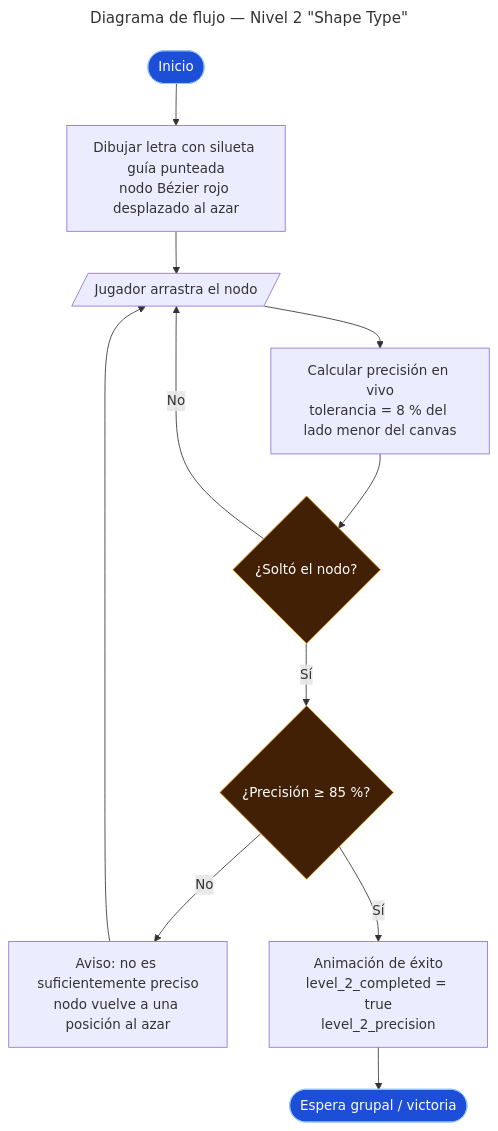
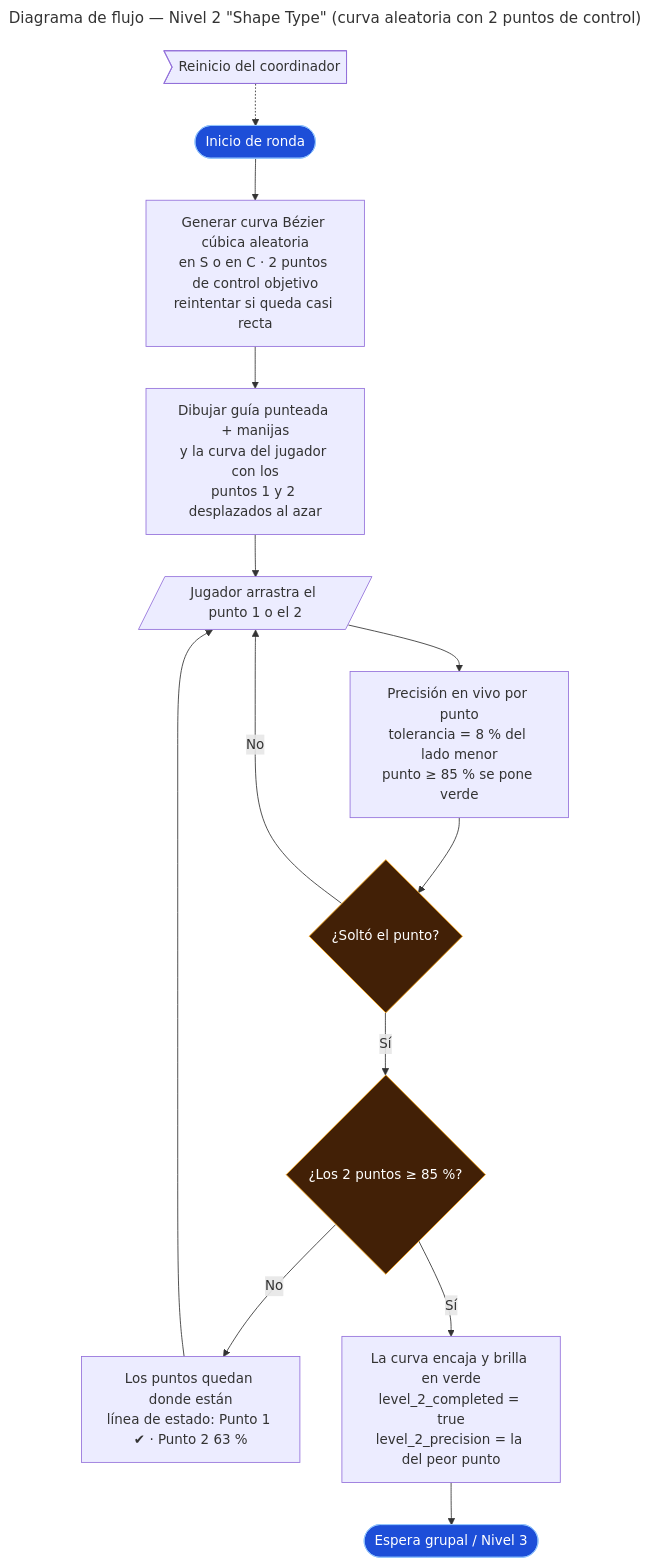
The diagram in docs/diagramas/fuentes/08-flujo-nivel2-shape-type.mmd (morphine75/escape_room), drawn with Mermaid before and after one commit. The commit also changed 8 other files, not shown here.

First line of the commit message:
Shape Type: random cubic curve with two control points

```diff
--- a/docs/diagramas/fuentes/08-flujo-nivel2-shape-type.mmd
+++ b/docs/diagramas/fuentes/08-flujo-nivel2-shape-type.mmd
@@ -1,17 +1,19 @@
 ---
-title: Diagrama de flujo — Nivel 2 "Shape Type"
+title: Diagrama de flujo — Nivel 2 "Shape Type" (curva aleatoria con 2 puntos de control)
 ---
 flowchart TD
-  A([Inicio]) --> B[Dibujar letra con silueta guía punteada<br/>nodo Bézier rojo desplazado al azar]
-  B --> D[/Jugador arrastra el nodo/]
-  D --> P[Calcular precisión en vivo<br/>tolerancia = 8 % del lado menor del canvas]
-  P --> U{¿Soltó el nodo?}
+  A([Inicio de ronda]) --> G[Generar curva Bézier cúbica aleatoria<br/>en S o en C · 2 puntos de control objetivo<br/>reintentar si queda casi recta]
+  G --> B[Dibujar guía punteada + manijas<br/>y la curva del jugador con los<br/>puntos 1 y 2 desplazados al azar]
+  B --> D[/Jugador arrastra el punto 1 o el 2/]
+  D --> P[Precisión en vivo por punto<br/>tolerancia = 8 % del lado menor<br/>punto ≥ 85 % se pone verde]
+  P --> U{¿Soltó el punto?}
   U -- No --> D
-  U -- Sí --> C{¿Precisión ≥ 85 %?}
-  C -- No --> F[Aviso: no es suficientemente preciso<br/>nodo vuelve a una posición al azar] --> D
-  C -- Sí --> OK[Animación de éxito<br/>level_2_completed = true<br/>level_2_precision] --> FIN([Espera grupal / victoria])
+  U -- Sí --> C{¿Los 2 puntos ≥ 85 %?}
+  C -- No --> KEEP[Los puntos quedan donde están<br/>línea de estado: Punto 1 ✔ · Punto 2 63 %] --> D
+  C -- Sí --> OK[La curva encaja y brilla en verde<br/>level_2_completed = true<br/>level_2_precision = la del peor punto] --> FIN([Espera grupal / Nivel 3])
+  RST>Reinicio del coordinador] -.-> A
 
   classDef term fill:#1d4ed8,stroke:#93c5fd,color:#fff
   classDef dec fill:#422006,stroke:#f59e0b,color:#fff
   class A,FIN term
   class U,C dec
```
